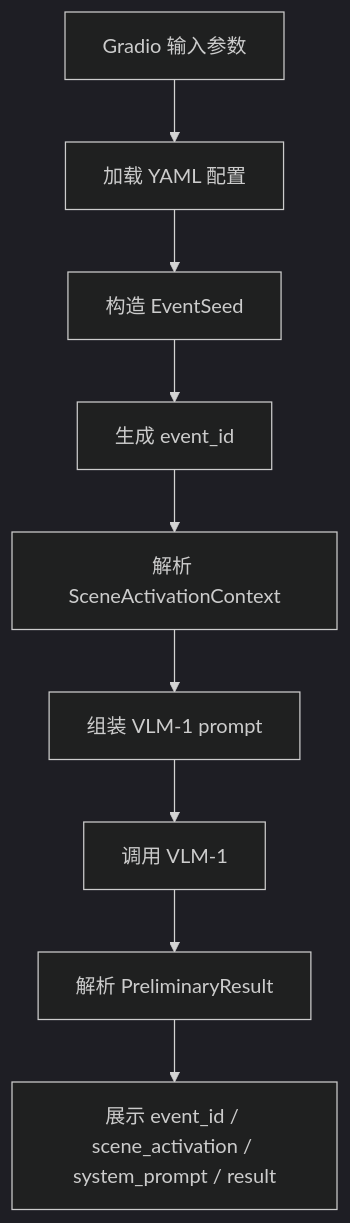
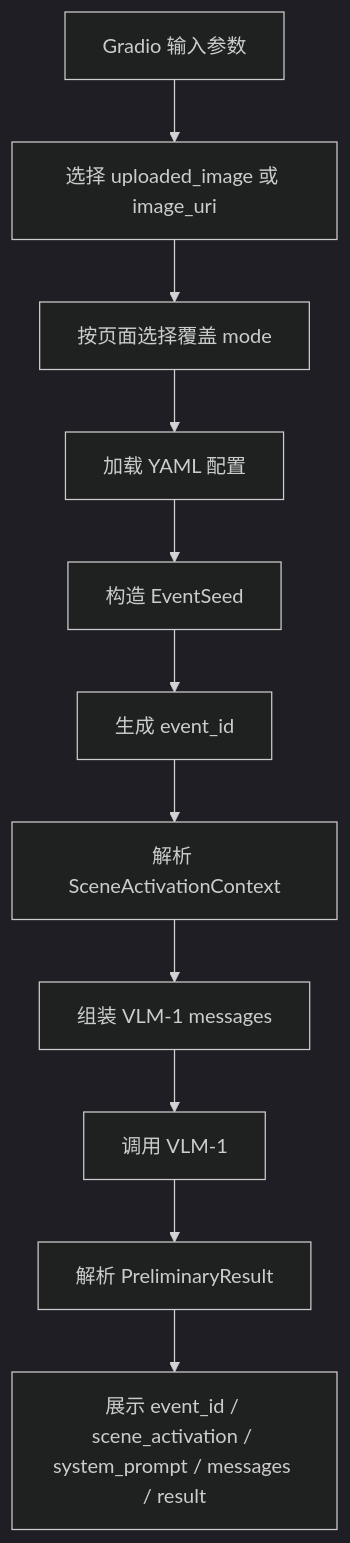
Before and after one commit to krisandchris/ares_agent: the second of 2 diagrams in docs/plans/2026-03-12-gradio-vlm1-tester-design.md, drawn with Mermaid (dark theme). The commit also changed other lines of this file and 3 other files, not shown here.

Commit message:
Enhance Gradio VLM1 tester controls

````diff
--- a/docs/plans/2026-03-12-gradio-vlm1-tester-design.md
+++ b/docs/plans/2026-03-12-gradio-vlm1-tester-design.md
@@ -149,11 +168,13 @@
 ```mermaid
 flowchart TD
-    A[Gradio 输入参数] --> B[加载 YAML 配置]
-    B --> C[构造 EventSeed]
-    C --> D[生成 event_id]
-    D --> E[解析 SceneActivationContext]
-    E --> F[组装 VLM-1 prompt]
-    F --> G[调用 VLM-1]
-    G --> H[解析 PreliminaryResult]
-    H --> I[展示 event_id / scene_activation / system_prompt / result]
+    A[Gradio 输入参数] --> B[选择 uploaded_image 或 image_uri]
+    B --> C[按页面选择覆盖 mode]
+    C --> D[加载 YAML 配置]
+    D --> E[构造 EventSeed]
+    E --> F[生成 event_id]
+    F --> G[解析 SceneActivationContext]
+    G --> H[组装 VLM-1 messages]
+    H --> I[调用 VLM-1]
+    I --> J[解析 PreliminaryResult]
+    J --> K[展示 event_id / scene_activation / system_prompt / messages / result]
 ```
````
